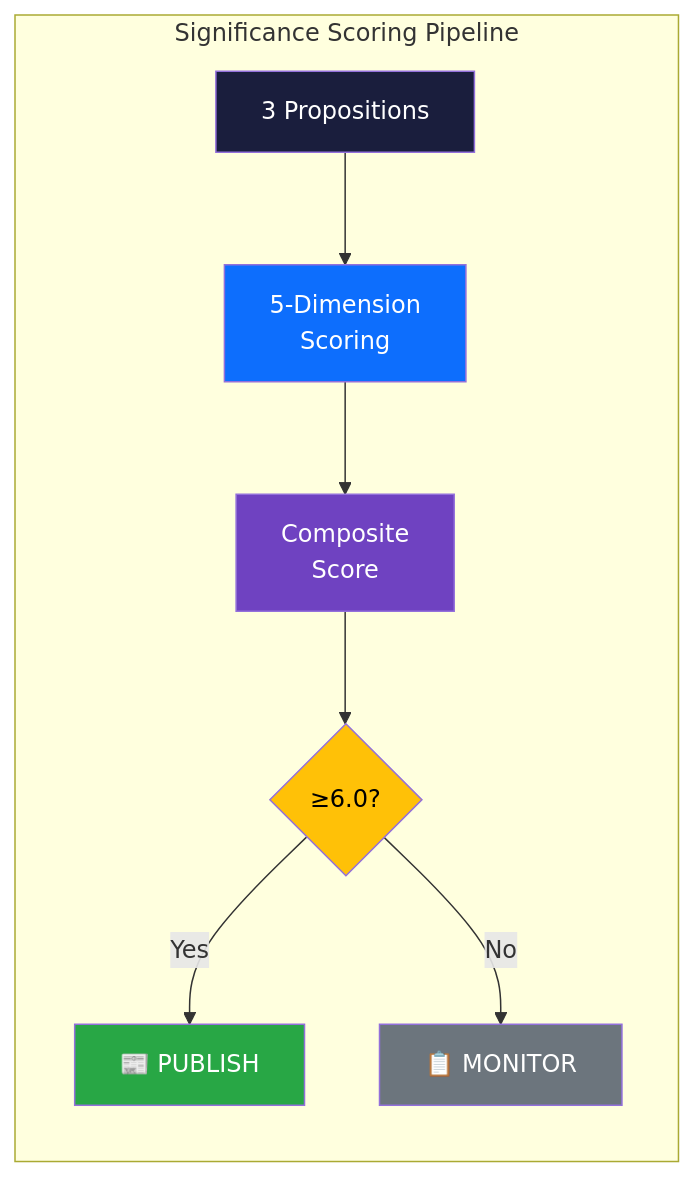
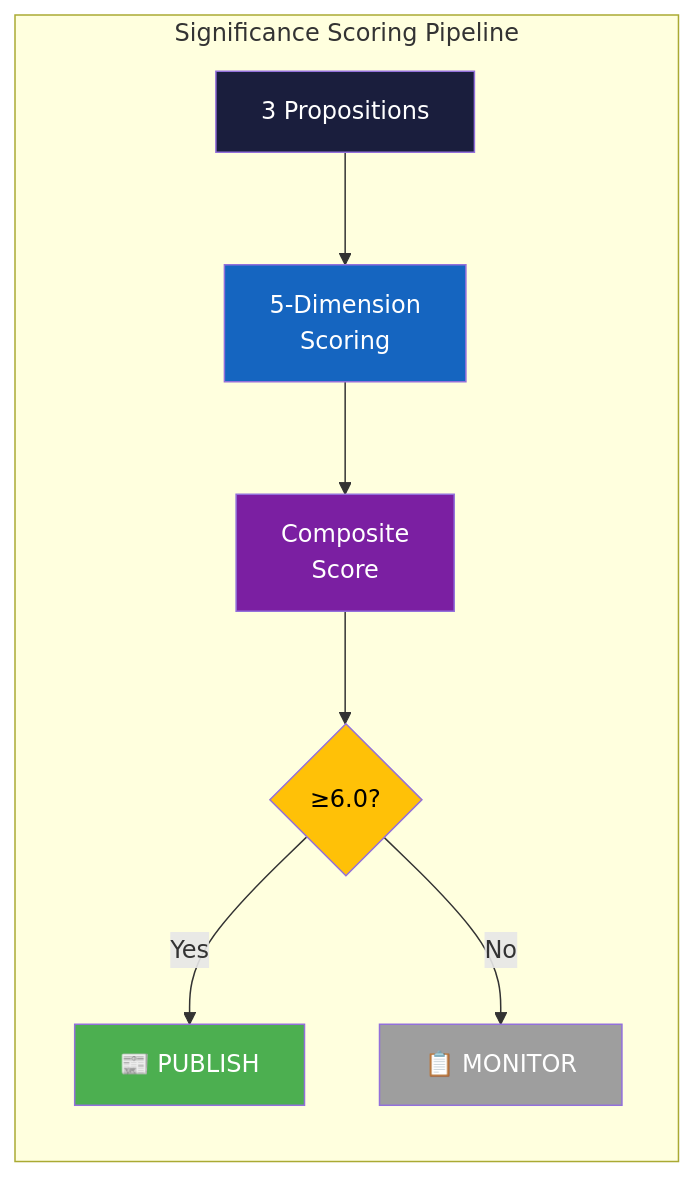
The diagram in analysis/daily/2026-04-03/propositions/significance-scoring.md (Hack23/riksdagsmonitor), drawn with Mermaid before and after one commit. The commit also changed 785 other files, not shown here.

First line of the commit message:
Normalize mermaid colors across 786 analysis artifacts to ISMS Style Guide palette

````diff
--- a/analysis/daily/2026-04-03/propositions/significance-scoring.md
+++ b/analysis/daily/2026-04-03/propositions/significance-scoring.md
@@ -16,22 +16,22 @@
 ```mermaid
 graph LR
     subgraph "Significance Scoring Pipeline"
         INPUT["3 Propositions"]
         DIM["5-Dimension<br/>Scoring"]
         COMP["Composite<br/>Score"]
         GATE{"≥6.0?"}
         PUB["📰 PUBLISH"]
         MON["📋 MONITOR"]
     end
     INPUT --> DIM
     DIM --> COMP
     COMP --> GATE
     GATE -->|"Yes"| PUB
     GATE -->|"No"| MON
-    style INPUT fill:#1a1e3d,color:#fff
-    style DIM fill:#0d6efd,color:#fff
-    style COMP fill:#6f42c1,color:#fff
-    style GATE fill:#ffc107,color:#000
-    style PUB fill:#28a745,color:#fff
-    style MON fill:#6c757d,color:#fff
+    style INPUT fill:#1a1e3d,color:#FFFFFF
+    style DIM fill:#1565C0,color:#FFFFFF
+    style COMP fill:#7B1FA2,color:#FFFFFF
+    style GATE fill:#FFC107,color:#000000
+    style PUB fill:#4CAF50,color:#FFFFFF
+    style MON fill:#9E9E9E,color:#FFFFFF
 ```
````
